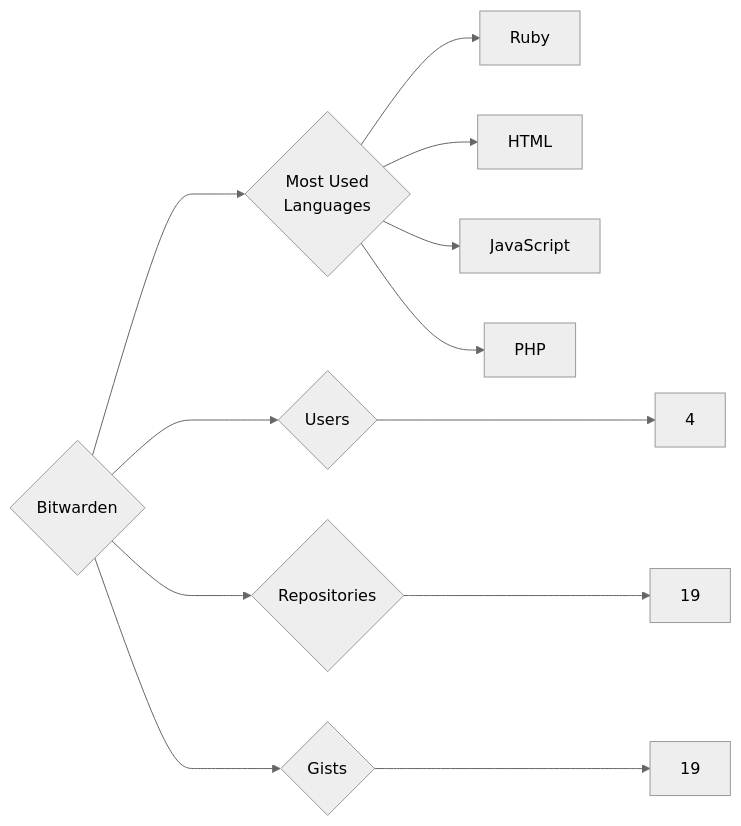
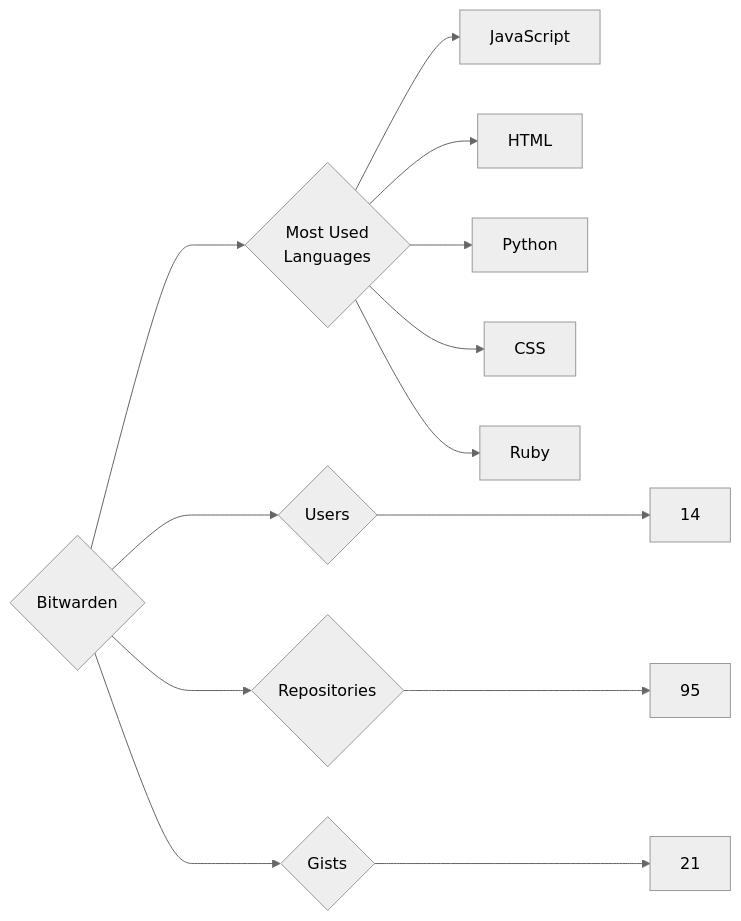
Before and after one commit to trickest/insiders: the diagram in targets/Bitwarden/README.md, drawn with Mermaid (neutral theme). The commit also changed 857 other files, not shown here.

````diff
--- a/targets/Bitwarden/README.md
+++ b/targets/Bitwarden/README.md
@@ -3,12 +3,13 @@
 ```mermaid
 graph LR
 COMPANY_NAME{Bitwarden}
-COMPANY_NAME ---> U{Users} ---> UN[4]
-COMPANY_NAME ---> R{Repositories} ---> RN[19]
-COMPANY_NAME ---> G{Gists} ---> GN[19]
+COMPANY_NAME ---> U{Users} ---> UN[14]
+COMPANY_NAME ---> R{Repositories} ---> RN[95]
+COMPANY_NAME ---> G{Gists} ---> GN[21]
 COMPANY_NAME ---> ML{Most Used<br>Languages}
+ML --> JavaScript[JavaScript]
+ML --> HTML[HTML]
+ML --> Python[Python]
+ML --> CSS[CSS]
 ML --> Ruby[Ruby]
-ML --> HTML[HTML]
-ML --> JavaScript[JavaScript]
-ML --> PHP[PHP]
 ```
````
